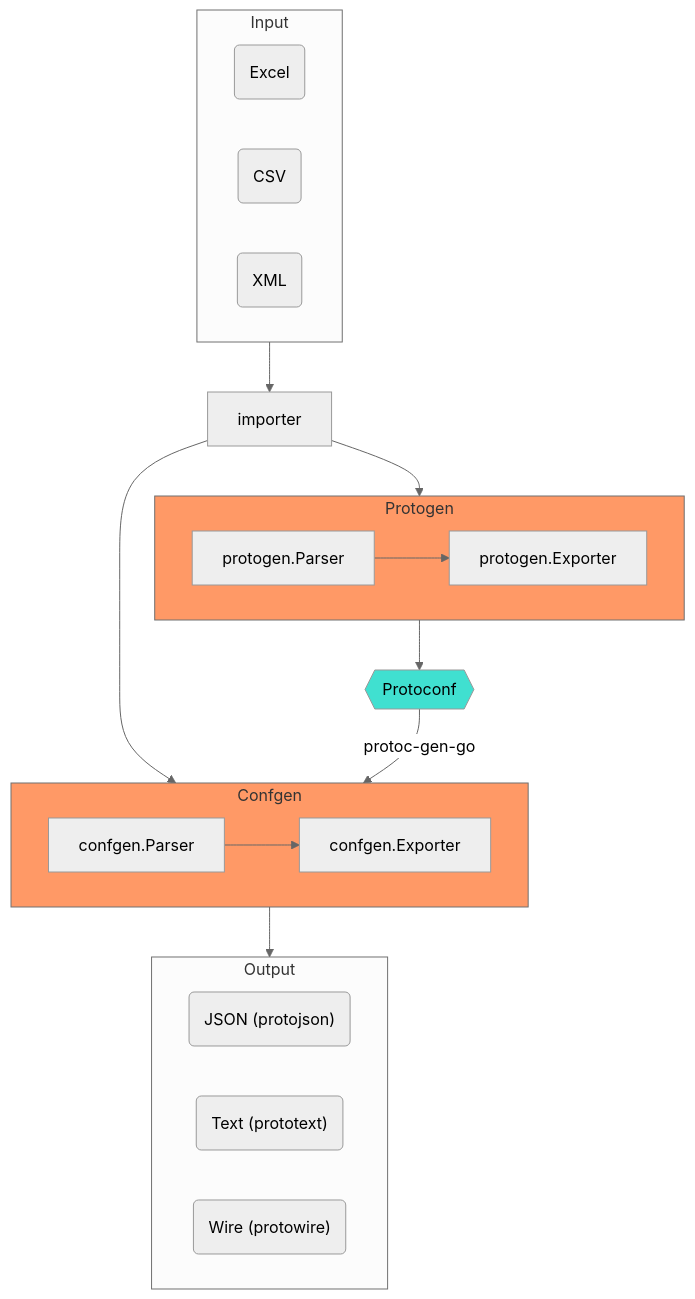
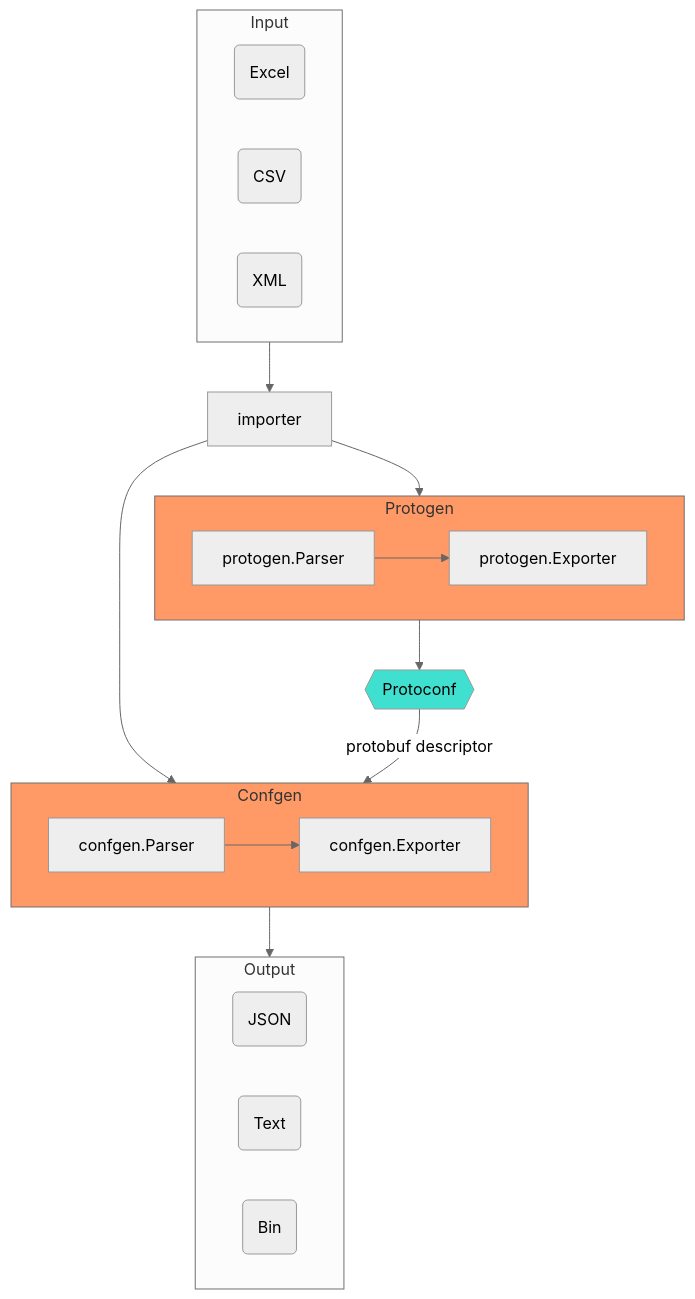
One commit to tableauio/tableauio.github.io changed the diagram in content/en/docs/design/overview.md. Above: the diagram before and after it, drawn with Mermaid (neutral theme). The commit also changed other lines of this file and 9 other files, not shown here.

Commit message:
feat: rename wire to bin format

````diff
--- a/content/en/docs/design/overview.md
+++ b/content/en/docs/design/overview.md
@@ -31,53 +31,53 @@
 ```mermaid
 flowchart TD
   
   subgraph Input
     I1(Excel)
     click I1 href "https://github.com/qax-os/excelize"
 
     I2(CSV)
     click I2 href "https://pkg.go.dev/encoding/csv"
 
     I3(XML)
     click I3 href "https://github.com/antchfx/xmlquery"
   end
 
   Input --> I[importer]
   click I href "https://github.com/tableauio/tableau/tree/master/internal/importer"
 
   subgraph Protogen
     PGP[protogen.Parser] --> E1[protogen.Exporter]
     click PGP href "https://github.com/tableauio/tableau/tree/master/internal/protogen/parser.go"
     click E1 href "https://github.com/tableauio/tableau/tree/master/internal/protogen/exporter.go"
   end
 
   I --> Protogen:::orangeclass
 
   subgraph Confgen
     CGP[confgen.Parser] --> CE[confgen.Exporter]
     click CGP href "https://github.com/tableauio/tableau/tree/master/internal/confgen/parser.go"
     click CE href "https://github.com/tableauio/tableau/tree/master/internal/confgen/mexporter"
   end
 
   I --> Confgen:::orangeclass
  
   Protogen --> B
-  B{{Protoconf}}:::greenclass --> |protoc-gen-go| Confgen
+  B{{Protoconf}}:::greenclass --> | protobuf descriptor | Confgen
 
   subgraph Output
-    O1("JSON (protojson)")
+    O1("JSON")
     click O1 href "https://developers.google.com/protocol-buffers/docs/proto3#json"
 
-    O2("Text (prototext)")
-    click O2 href "https://pkg.go.dev/google.golang.org/protobuf/encoding/prototext"
+    O2("Text")
+    click O2 href "https://developers.google.com/protocol-buffers/docs/text-format-spec"
 
-    O3("Wire (protowire)")
-    click O3 href "https://pkg.go.dev/google.golang.org/protobuf/encoding/protowire"
+    O3("Bin")
+    click O3 href "https://developers.google.com/protocol-buffers/docs/encoding"
   end
 
   Confgen --> Output
   
   classDef orangeclass fill:#f96;
   classDef greenclass fill:#40E0D0;
   
 ```
````
